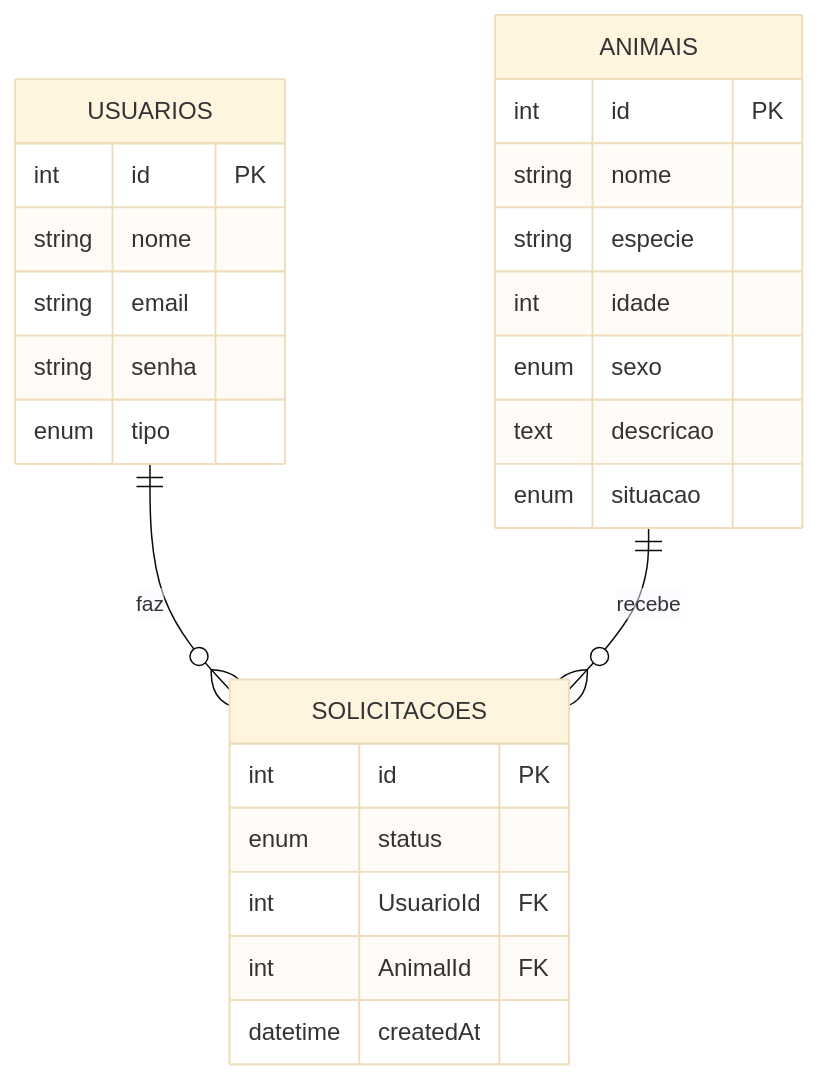
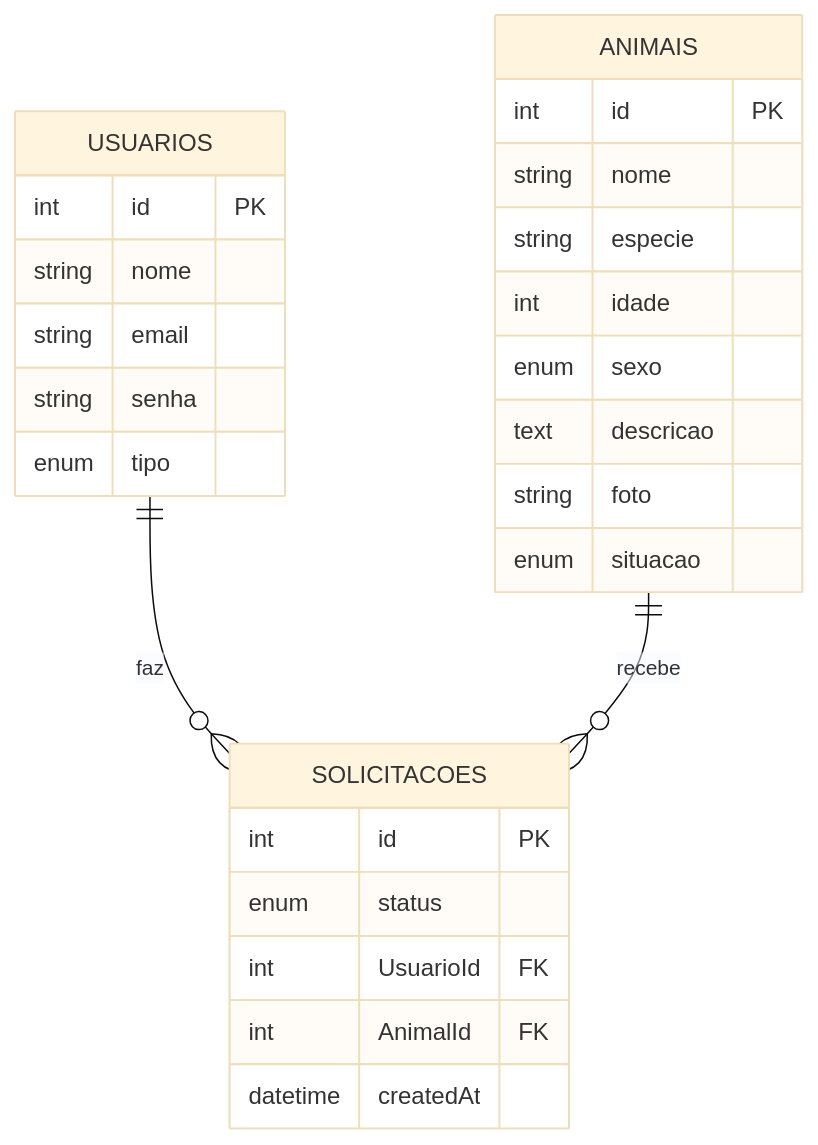
The diagram in README.md (thyerrya3-afk/Adote.me), drawn with Mermaid (base theme) before and after one commit. The commit also changed other lines of this file, not shown here.

````diff
--- a/README.md
+++ b/README.md
@@ -87,29 +89,30 @@
 ```mermaid
 erDiagram
     USUARIOS ||--o{ SOLICITACOES : faz
     ANIMAIS ||--o{ SOLICITACOES : recebe
 
     USUARIOS {
         int id PK
         string nome
         string email
         string senha
         enum tipo
     }
     ANIMAIS {
         int id PK
         string nome
         string especie
         int idade
         enum sexo
         text descricao
+        string foto
         enum situacao
     }
     SOLICITACOES {
         int id PK
         enum status
         int UsuarioId FK
         int AnimalId FK
         datetime createdAt
     }
 ```
````
